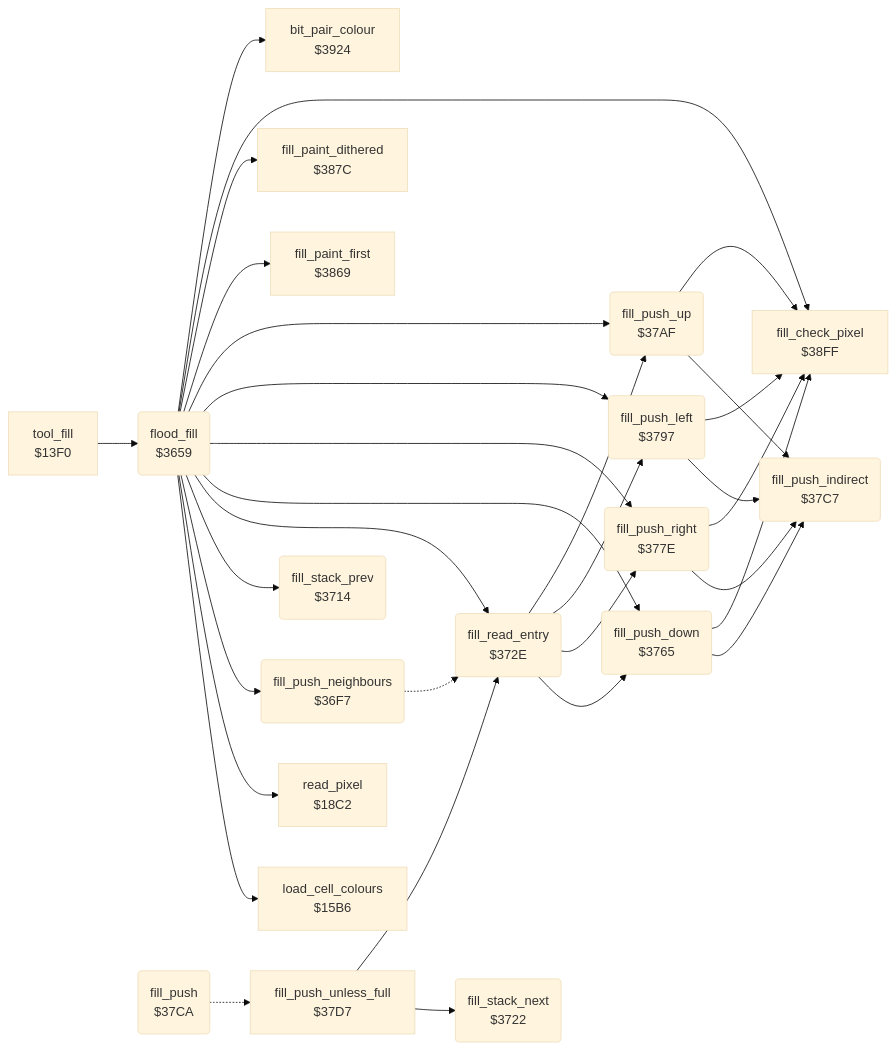
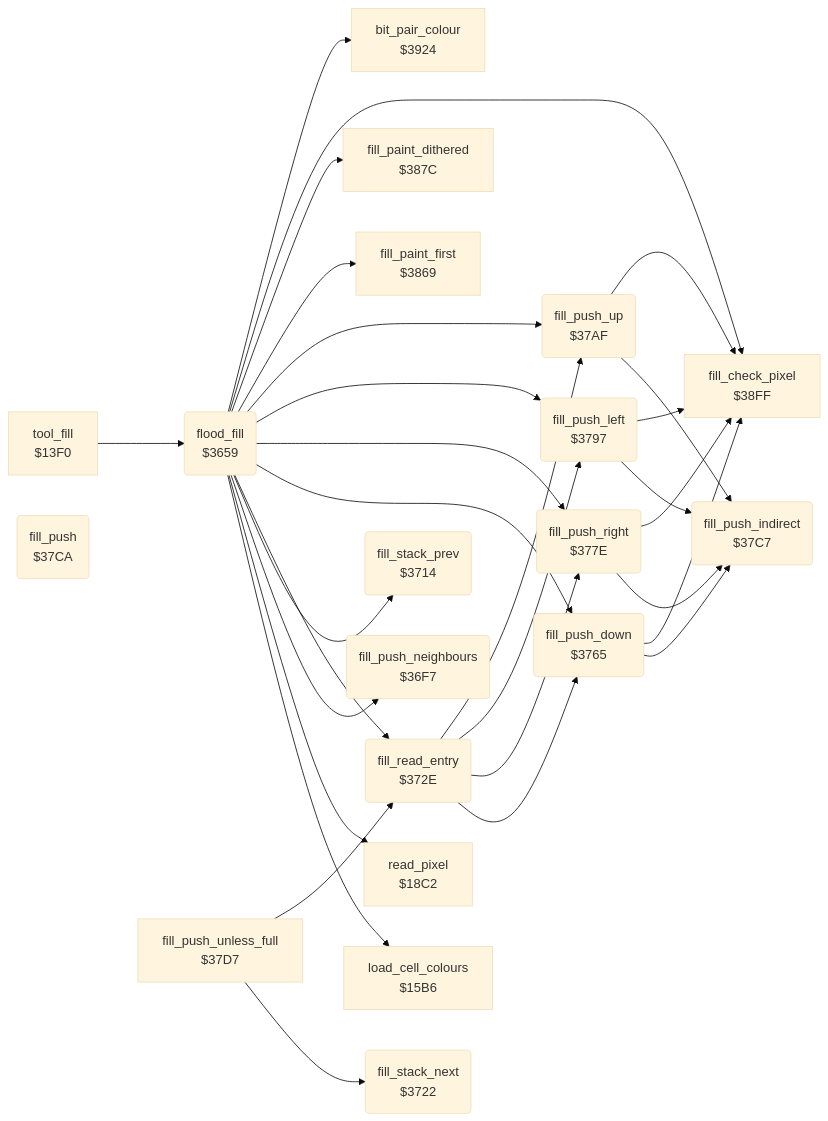
The diagram in koala_painter/v1/docs/reference/modules/tools/fill.md (henols/c64_games), drawn with Mermaid (base theme) before and after one commit. The commit also changed other lines of this file and 1100 other files, not shown here.

````diff
--- a/koala_painter/v1/docs/reference/modules/tools/fill.md
+++ b/koala_painter/v1/docs/reference/modules/tools/fill.md
@@ -10,52 +26,50 @@
 ```mermaid
 flowchart LR
   n13f0["tool_fill<br/>$13F0"]
   n15b6["load_cell_colours<br/>$15B6"]
   n18c2["read_pixel<br/>$18C2"]
   n3659("flood_fill<br/>$3659")
   n36f7("fill_push_neighbours<br/>$36F7")
   n3714("fill_stack_prev<br/>$3714")
   n3722("fill_stack_next<br/>$3722")
   n372e("fill_read_entry<br/>$372E")
   n3765("fill_push_down<br/>$3765")
   n377e("fill_push_right<br/>$377E")
   n3797("fill_push_left<br/>$3797")
   n37af("fill_push_up<br/>$37AF")
   n37c7("fill_push_indirect<br/>$37C7")
   n37ca("fill_push<br/>$37CA")
   n37d7["fill_push_unless_full<br/>$37D7"]
   n3869["fill_paint_first<br/>$3869"]
   n387c["fill_paint_dithered<br/>$387C"]
   n38ff["fill_check_pixel<br/>$38FF"]
   n3924["bit_pair_colour<br/>$3924"]
   n13f0 --> n3659
   n3659 --> n15b6
   n3659 --> n18c2
   n3659 --> n36f7
   n3659 --> n3714
   n3659 --> n372e
   n3659 --> n3765
   n3659 --> n377e
   n3659 --> n3797
   n3659 --> n37af
   n3659 --> n3869
   n3659 --> n387c
   n3659 --> n38ff
   n3659 --> n3924
-  n36f7 -.-> n372e
   n372e --> n3765
   n372e --> n377e
   n372e --> n3797
   n372e --> n37af
   n3765 --> n37c7
   n3765 --> n38ff
   n377e --> n37c7
   n377e --> n38ff
   n3797 --> n37c7
   n3797 --> n38ff
   n37af --> n37c7
   n37af --> n38ff
-  n37ca -.-> n37d7
   n37d7 --> n3722
   n37d7 --> n372e
 ```
````
